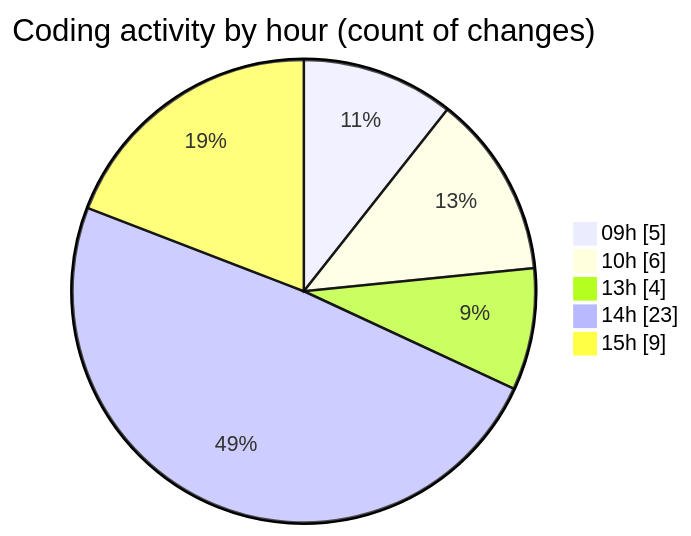
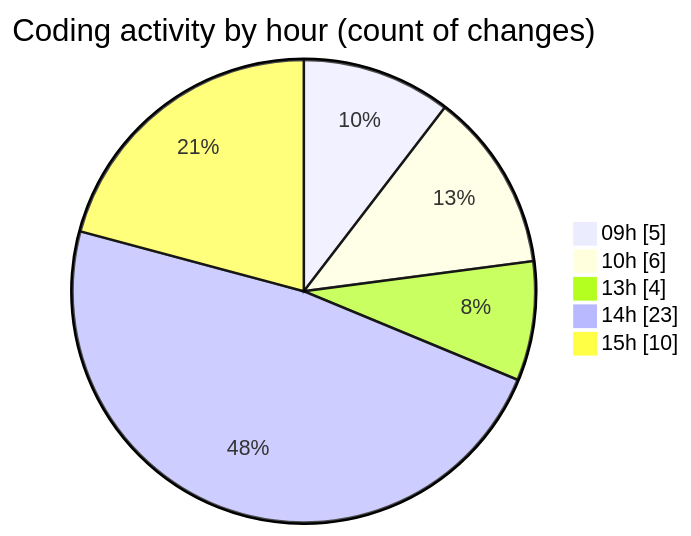
One commit to momahboobian/code-tracking changed the second of 2 diagrams in 2025-09-03/cda/README.md. Above: the diagram before and after it, drawn with Mermaid. The commit also changed other lines of this file and 1 other file, not shown here.

````diff
--- a/2025-09-03/cda/README.md
+++ b/2025-09-03/cda/README.md
@@ -50,9 +50,9 @@
 ```mermaid
 pie showData
 title Coding activity by hour (count of changes)
 "09h" : 5
 "10h" : 6
 "13h" : 4
 "14h" : 23
-"15h" : 9
+"15h" : 10
 ```
````
